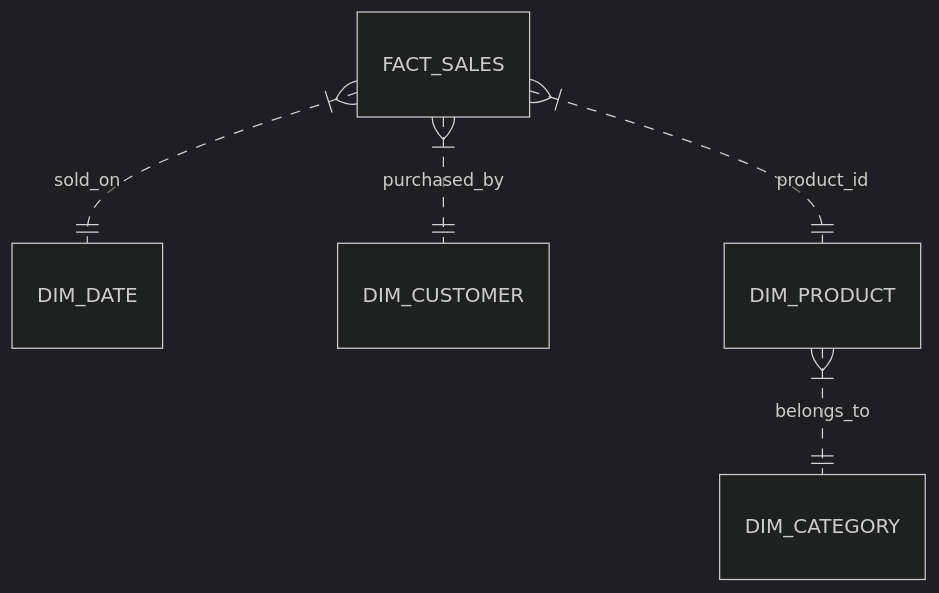
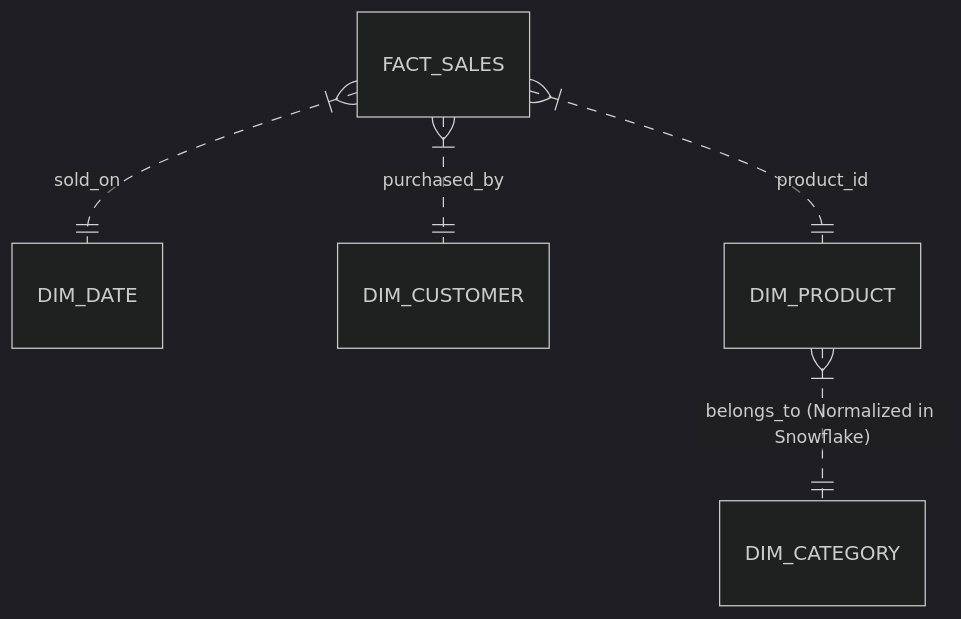
One commit to Wathon/aws-dea-c01-note changed the first of 3 diagrams in content/03-concepts/data-modeling-and-partitioning.md. Above: the diagram before and after it, drawn with Mermaid (dark theme). The commit also changed other lines of this file and 4 other files, not shown here.

Commit message:
feat(concepts): enrich English notes for 03-concepts with comprehensive architectures, format matrices, partitioning mechanics, and exam tips

````diff
--- a/content/03-concepts/data-modeling-and-partitioning.md
+++ b/content/03-concepts/data-modeling-and-partitioning.md
@@ -22,7 +26,7 @@
 ```mermaid
 erDiagram
     FACT_SALES }|..|| DIM_DATE : "sold_on"
     FACT_SALES }|..|| DIM_CUSTOMER : "purchased_by"
     FACT_SALES }|..|| DIM_PRODUCT : "product_id"
-    DIM_PRODUCT }|..|| DIM_CATEGORY : "belongs_to"
+    DIM_PRODUCT }|..|| DIM_CATEGORY : "belongs_to (Normalized in Snowflake)"
 ```
````
